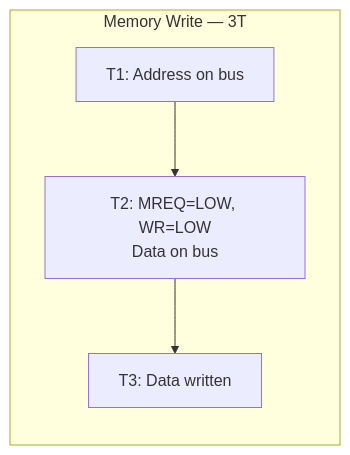
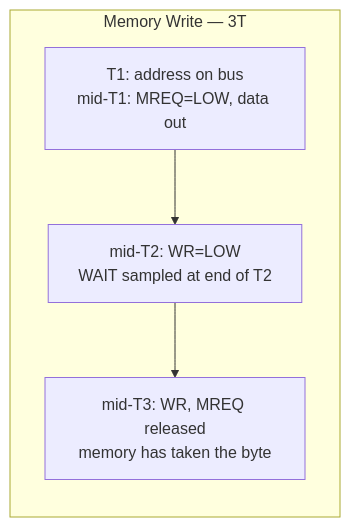
The fifth of 9 diagrams in 01_cpu/z80_timing.md (alfishe/speccy-bootcamp), drawn with Mermaid before and after one commit. The commit also changed other lines of this file and 12 other files, not shown here.

````diff
--- a/01_cpu/z80_timing.md
+++ b/01_cpu/z80_timing.md
@@ -219,6 +227,6 @@
 ```mermaid
 graph LR
     subgraph "Memory Write — 3T"
-        T1C[T1: Address on bus] --> T2C[T2: MREQ=LOW, WR=LOW<br/>Data on bus] --> T3C[T3: Data written]
+        T1C[T1: address on bus<br/>mid-T1: MREQ=LOW, data out] --> T2C[mid-T2: WR=LOW<br/>WAIT sampled at end of T2] --> T3C[mid-T3: WR, MREQ released<br/>memory has taken the byte]
     end
 ```
````
